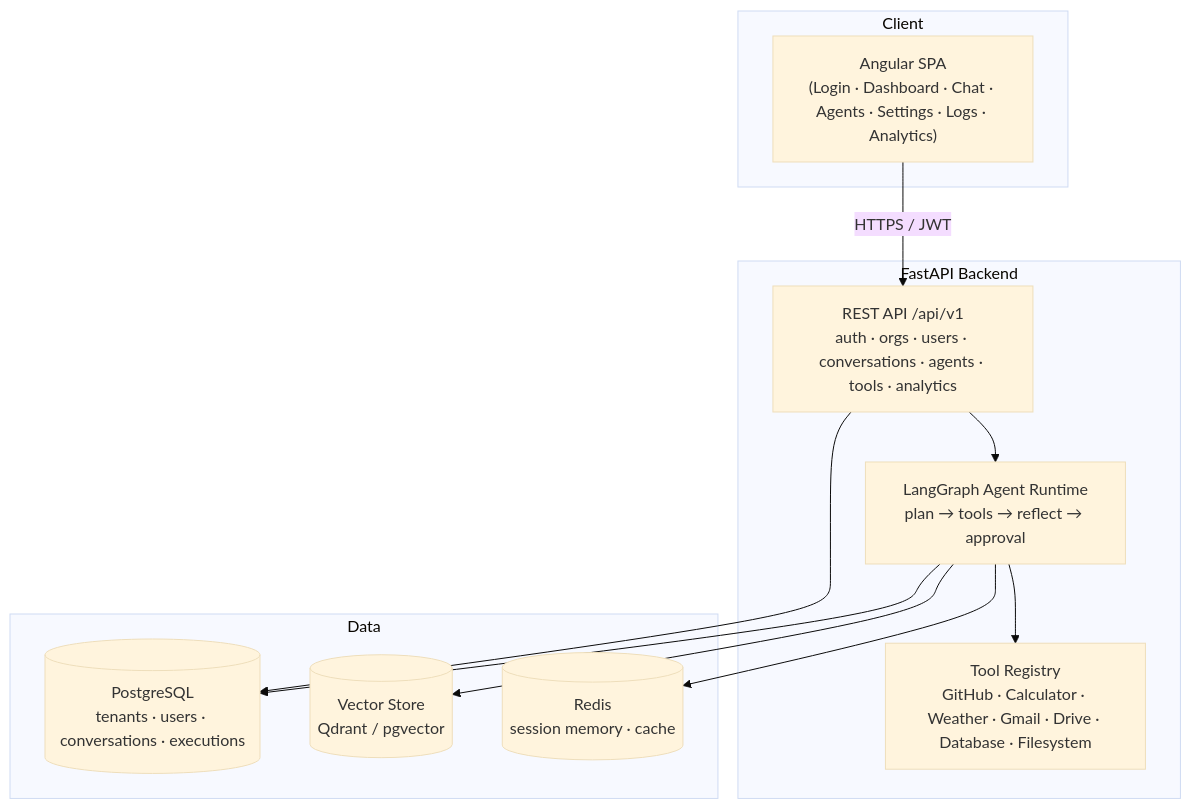
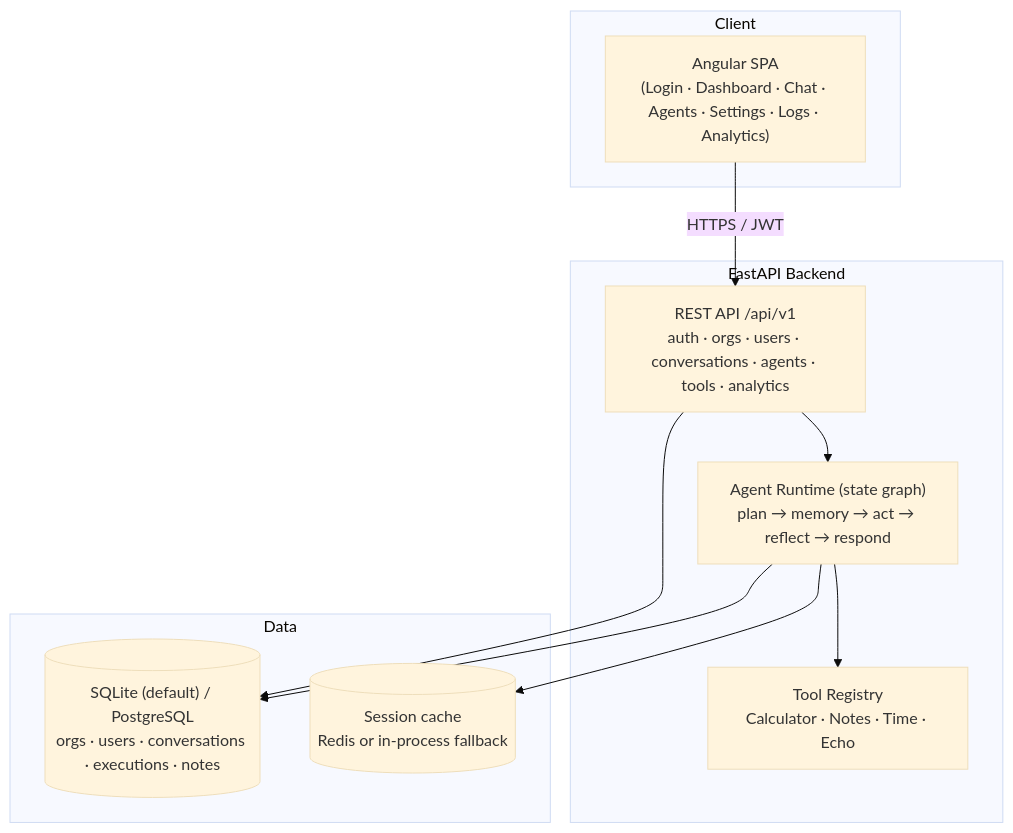
The diagram in README.md (ranjan-del/enterprise-ai-agent-platform), drawn with Mermaid (base theme) before and after one commit. The commit also changed other lines of this file and 89 other files, not shown here.

````diff
--- a/README.md
+++ b/README.md
@@ -13,26 +13,24 @@
 ```mermaid
 flowchart TD
     subgraph Client
         FE["Angular SPA<br/>(Login · Dashboard · Chat · Agents · Settings · Logs · Analytics)"]
     end
 
     subgraph API["FastAPI Backend"]
         R["REST API /api/v1<br/>auth · orgs · users · conversations · agents · tools · analytics"]
-        G["LangGraph Agent Runtime<br/>plan → tools → reflect → approval"]
-        T["Tool Registry<br/>GitHub · Calculator · Weather · Gmail · Drive · Database · Filesystem"]
+        G["Agent Runtime (state graph)<br/>plan → memory → act → reflect → respond"]
+        T["Tool Registry<br/>Calculator · Notes · Time · Echo"]
     end
 
     subgraph Data
-        PG[("PostgreSQL<br/>tenants · users · conversations · executions")]
-        RD[("Redis<br/>session memory · cache")]
-        VS[("Vector Store<br/>Qdrant / pgvector")]
+        PG[("SQLite (default) / PostgreSQL<br/>orgs · users · conversations · executions · notes")]
+        RD[("Session cache<br/>Redis or in-process fallback")]
     end
 
     FE -->|HTTPS / JWT| R
     R --> G
     G --> T
     G --> RD
-    G --> VS
     R --> PG
     G --> PG
 ```
````
